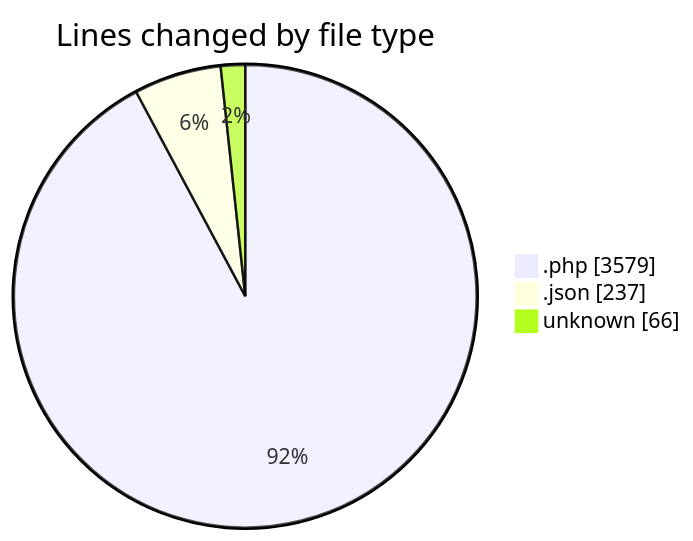
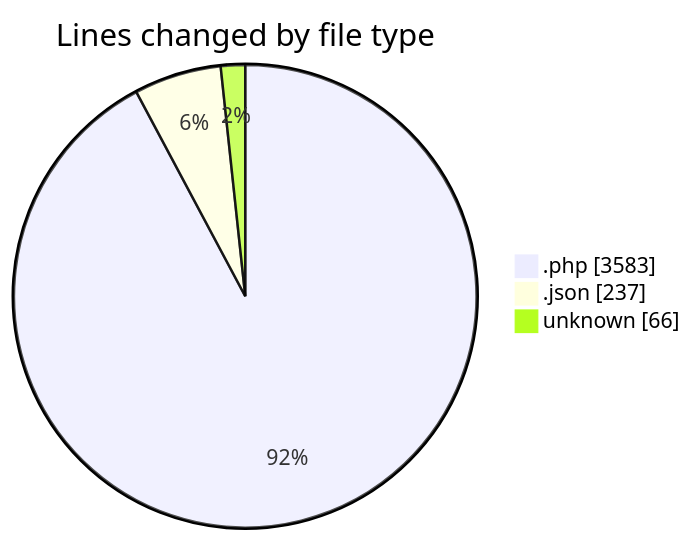
The first of 2 diagrams in 2025-06-06/sewa-mobil/README.md (idhammustaqopulfikri/code-tracking), drawn with Mermaid before and after one commit. The commit also changed other lines of this file and 1 other file, not shown here.

````diff
--- a/2025-06-06/sewa-mobil/README.md
+++ b/2025-06-06/sewa-mobil/README.md
@@ -32,7 +32,7 @@
 ```mermaid
 pie showData
 title Lines changed by file type
-".php" : 3579
+".php" : 3583
 ".json" : 237
 "unknown" : 66
 ```
````
